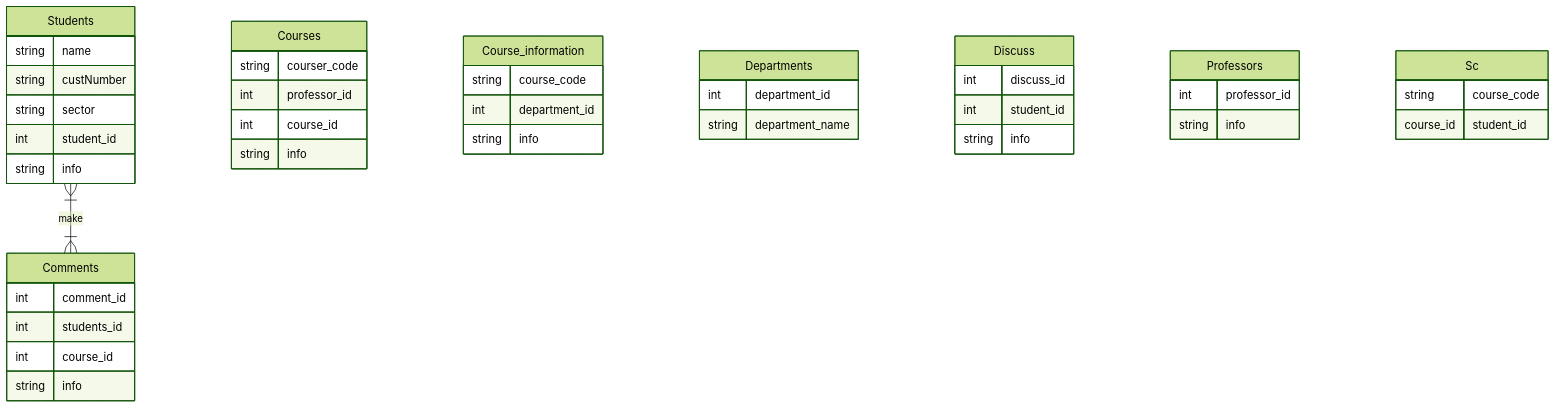
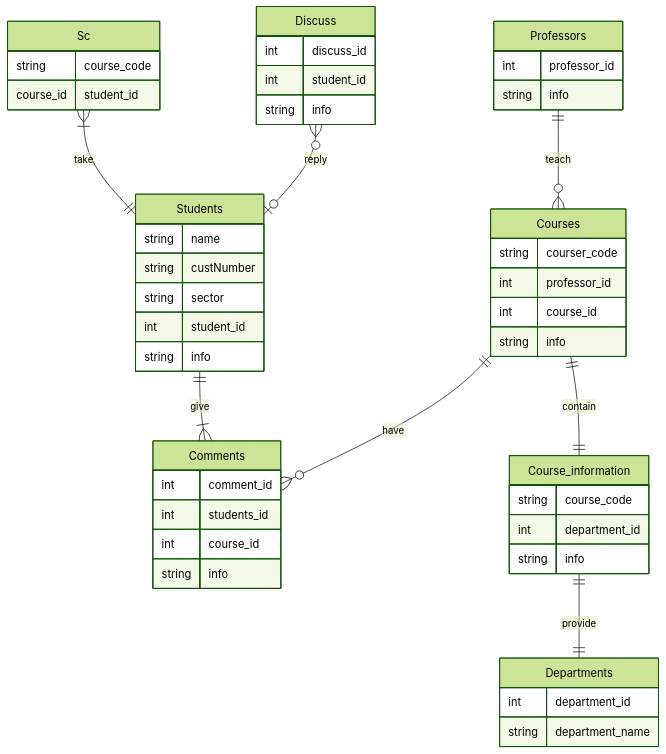
Before and after one commit to EthanWTL/Beloiwitter: the diagram in README.md, drawn with Mermaid (forest theme).

````diff
--- a/README.md
+++ b/README.md
@@ -153,60 +153,63 @@
 ```mermaid
 erDiagram
 
 Students {
         string name
         string custNumber
         string sector
 }
 
 Comments {
 int comment_id
 int students_id
 int course_id
 string info
 }
 
 Courses{
 string courser_code
 int professor_id
 int course_id
 string info
 }
 
 Course_information{
 string course_code
 int department_id
 string info
 }
 
 Departments{
 int department_id
 string department_name}
 
 Discuss{
 int discuss_id
 int student_id
 string info
 }
 
 Professors{
 int professor_id
 string info
 }
 
 Sc{
 string course_code
 course_id
 student_id
 }
 
 Students{
 int student_id
 string info
 }
 
-
-Students }|--|{ Comments : make
-
-
+Students ||--|{ Comments : give
+Sc }|--|| Students : take
+Discuss }o--o| Students : reply
+Courses ||--o{ Comments : have
+Courses ||--|| Course_information : contain
+Professors ||--o{ Courses : teach
+Course_information ||--|| Departments : provide
 ```
````
